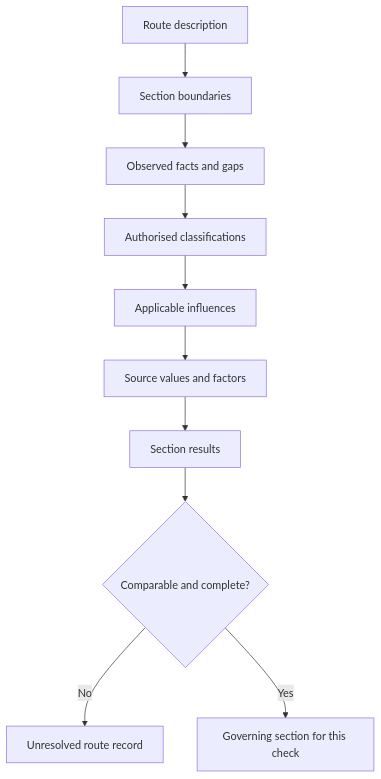
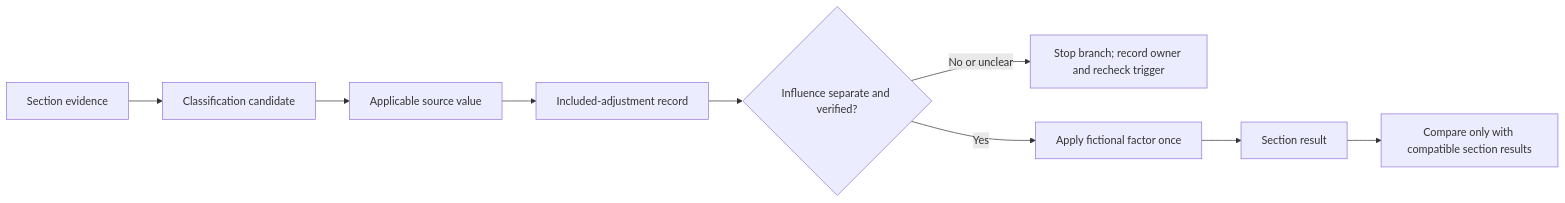
One commit to andrew3stedall/capstone changed the second of 2 diagrams in docs/learning-plans/12-week/modules/day-25-installation-methods-environmental-influences-and-derating.md. Above: the diagram before and after it, drawn with Mermaid. The commit also changed other lines of this file, not shown here.

````diff
--- a/docs/learning-plans/12-week/modules/day-25-installation-methods-environmental-influences-and-derating.md
+++ b/docs/learning-plans/12-week/modules/day-25-installation-methods-environmental-influences-and-derating.md
@@ -80,12 +163,11 @@
 ```mermaid
-flowchart TD
-    A["Route description"] --> B["Section boundaries"]
-    B --> C["Observed facts and gaps"]
-    C --> D["Authorised classifications"]
-    D --> E["Applicable influences"]
-    E --> F["Source values and factors"]
-    F --> G["Section results"]
-    G --> H{"Comparable and complete?"}
-    H -->|"No"| I["Unresolved route record"]
-    H -->|"Yes"| J["Governing section for this check"]
+flowchart LR
+    A["Section evidence"] --> B["Classification candidate"]
+    B --> C["Applicable source value"]
+    C --> D["Included-adjustment record"]
+    D --> E{"Influence separate and verified?"}
+    E -->|"No or unclear"| F["Stop branch; record owner and recheck trigger"]
+    E -->|"Yes"| G["Apply fictional factor once"]
+    G --> H["Section result"]
+    H --> I["Compare only with compatible section results"]
 ```
````
